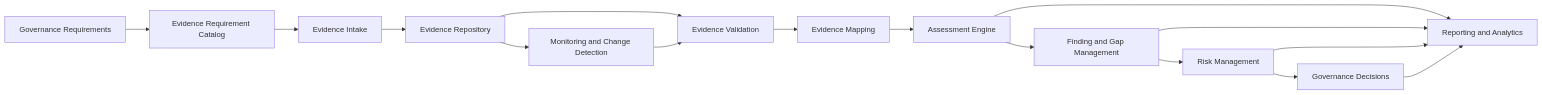
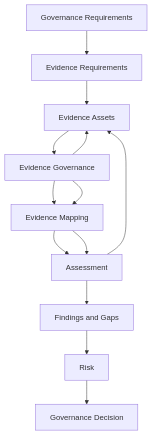
The tenth of 10 diagrams in 03_Reference_Architecture/Evidence-Architecture.md (SamJ083/evidence-convergence-framework), drawn with Mermaid before and after one commit. The commit also changed other lines of this file, not shown here.

First line of the commit message:
Corrected the file contents to Evidence Architecture

````diff
--- a/03_Reference_Architecture/Evidence-Architecture.md
+++ b/03_Reference_Architecture/Evidence-Architecture.md
@@ -1295,31 +1302,26 @@
 ```mermaid
-flowchart LR
+flowchart TD
     A[Governance Requirements]
-    B[Evidence Requirement Catalog]
-    C[Evidence Intake]
-    D[Evidence Repository]
-    E[Evidence Validation]
-    F[Evidence Mapping]
-    G[Assessment Engine]
-    H[Finding and Gap Management]
-    I[Risk Management]
-    J[Governance Decisions]
-    K[Monitoring and Change Detection]
-    L[Reporting and Analytics]
+    B[Evidence Requirements]
+    C[Evidence Assets]
+    D[Evidence Governance]
+    E[Evidence Mapping]
+    F[Assessment]
+    G[Findings and Gaps]
+    H[Risk]
+    I[Governance Decision]
 
     A --> B
     B --> C
     C --> D
     D --> E
     E --> F
     F --> G
     G --> H
     H --> I
-    I --> J
-    D --> K
-    K --> E
-    G --> L
-    H --> L
-    I --> L
-    J --> L
+
+    D --> E
+    D --> C
+    E --> F
+    F --> C
 ```
````
